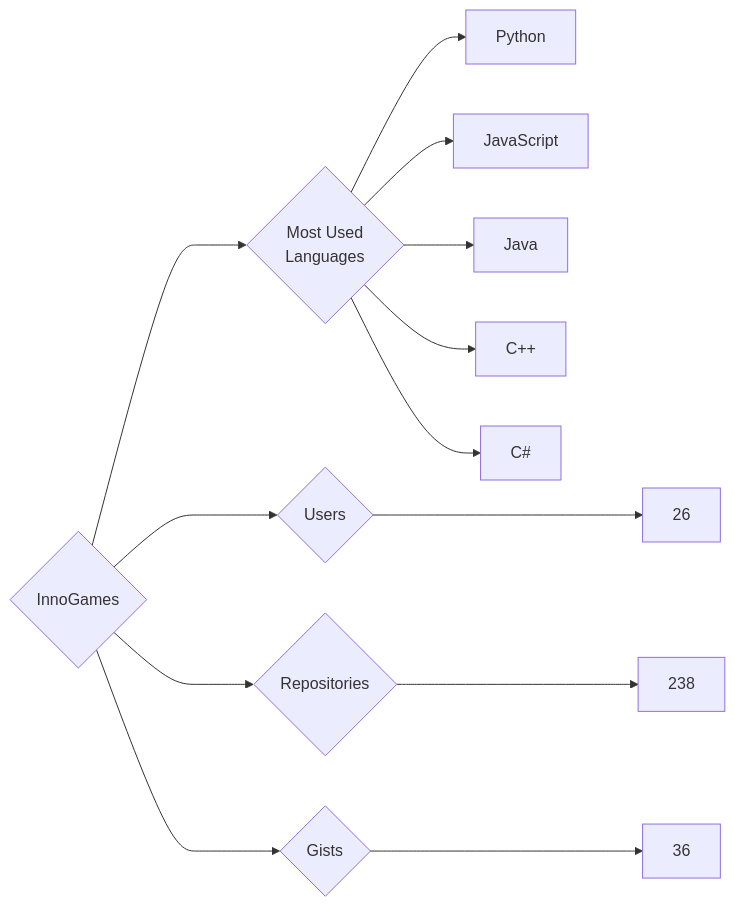
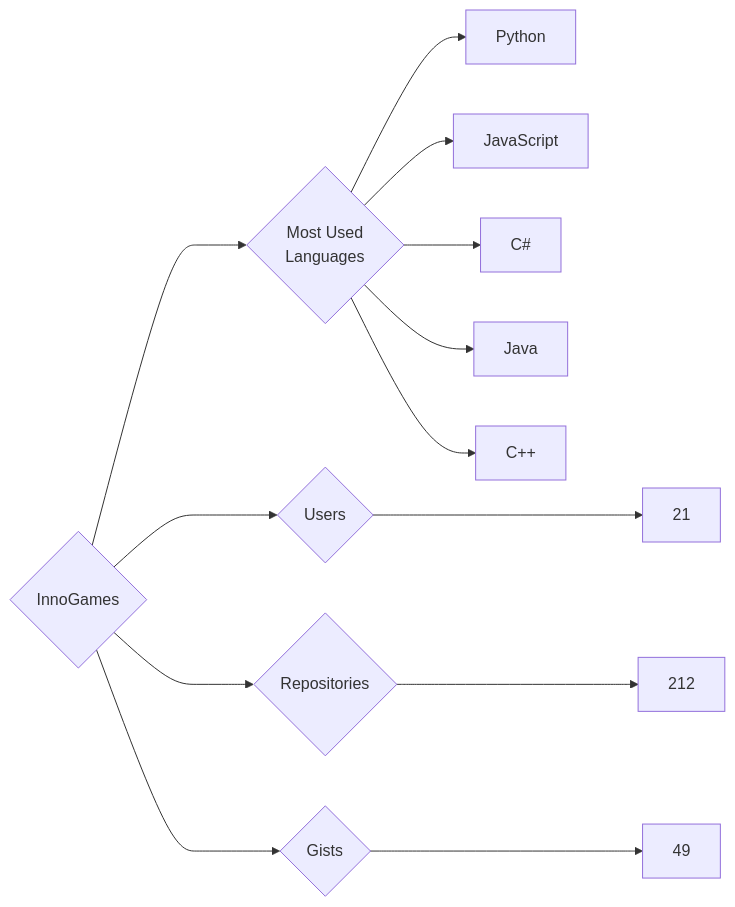
Before and after one commit to trickest/insiders: the diagram in targets/InnoGames/README.md, drawn with Mermaid. The commit also changed 951 other files, not shown here.

````diff
--- a/targets/InnoGames/README.md
+++ b/targets/InnoGames/README.md
@@ -3,13 +3,13 @@
 ```mermaid
 graph LR
 COMPANY_NAME{InnoGames}
-COMPANY_NAME ---> U{Users} ---> UN[26]
-COMPANY_NAME ---> R{Repositories} ---> RN[238]
-COMPANY_NAME ---> G{Gists} ---> GN[36]
+COMPANY_NAME ---> U{Users} ---> UN[21]
+COMPANY_NAME ---> R{Repositories} ---> RN[212]
+COMPANY_NAME ---> G{Gists} ---> GN[49]
 COMPANY_NAME ---> ML{Most Used<br>Languages}
 ML --> Python[Python]
 ML --> JavaScript[JavaScript]
+ML --> C#[C#]
 ML --> Java[Java]
 ML --> C++[C++]
-ML --> C#[C#]
 ```
````
